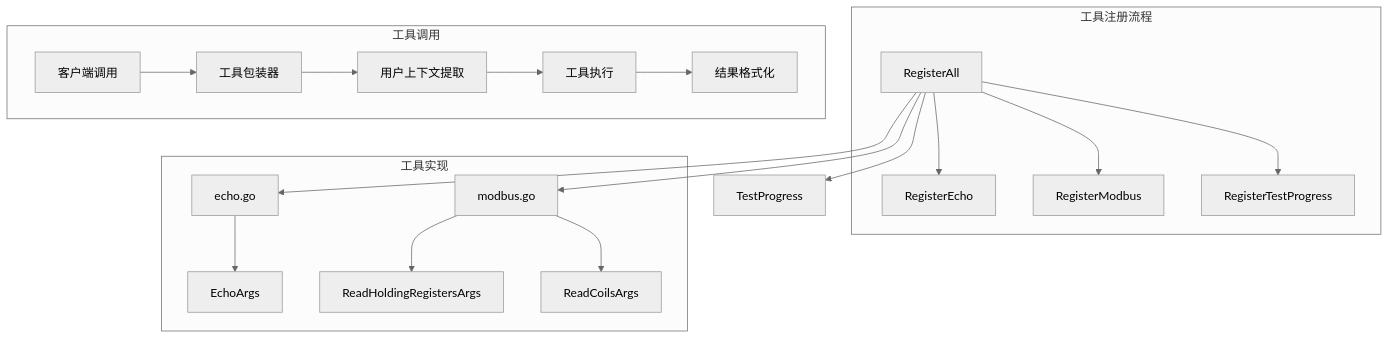
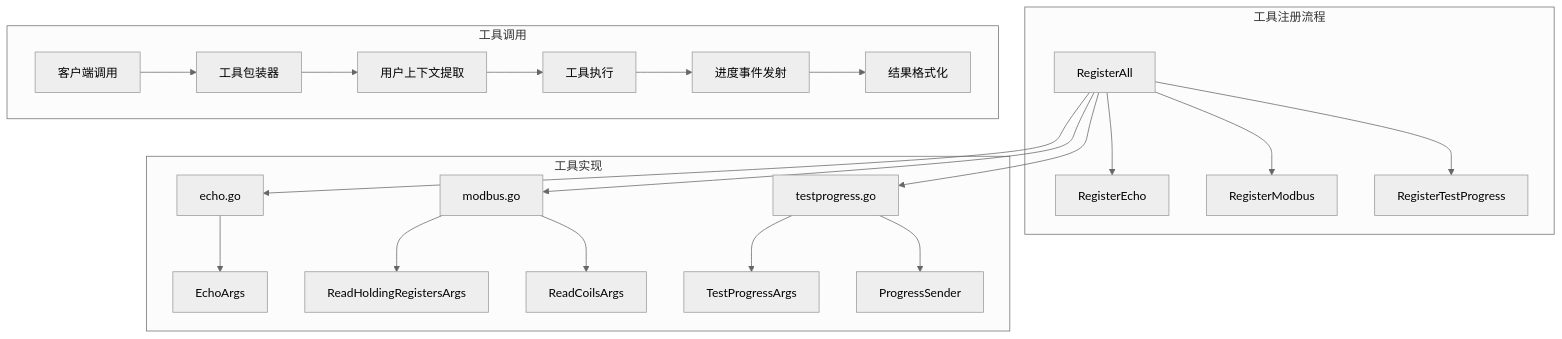
Diagram 16 of 29 in .qoder/repowiki/zh/content/AI聊天服务迁移指南.md (maomao94/zero-service), drawn with Mermaid (neutral theme) before and after one commit. The commit also changed other lines of this file and 48 other files, not shown here.

````diff
--- a/.qoder/repowiki/zh/content/AI聊天服务迁移指南.md
+++ b/.qoder/repowiki/zh/content/AI聊天服务迁移指南.md
@@ -703,22 +789,25 @@
 ```mermaid
 graph TB
 subgraph "工具注册流程"
 RegisterAll[RegisterAll] --> RegisterEcho[RegisterEcho]
 RegisterAll --> RegisterModbus[RegisterModbus]
 RegisterAll --> RegisterTestProgress[RegisterTestProgress]
 end
 subgraph "工具实现"
 Echo[echo.go] --> EchoArgs[EchoArgs]
 Modbus[modbus.go] --> ReadHoldingRegistersArgs[ReadHoldingRegistersArgs]
 Modbus --> ReadCoilsArgs[ReadCoilsArgs]
+TestProgress[testprogress.go] --> TestProgressArgs[TestProgressArgs]
+TestProgress --> ProgressSender[ProgressSender]
 end
 subgraph "工具调用"
 ClientCall[客户端调用] --> ToolWrapper[工具包装器]
 ToolWrapper --> UserCtx[用户上下文提取]
 UserCtx --> ToolExecution[工具执行]
-ToolExecution --> ResultFormat[结果格式化]
+ToolExecution --> ProgressEmit[进度事件发射]
+ProgressEmit --> ResultFormat[结果格式化]
 end
 RegisterAll --> Echo
 RegisterAll --> Modbus
 RegisterAll --> TestProgress
 ```
````
